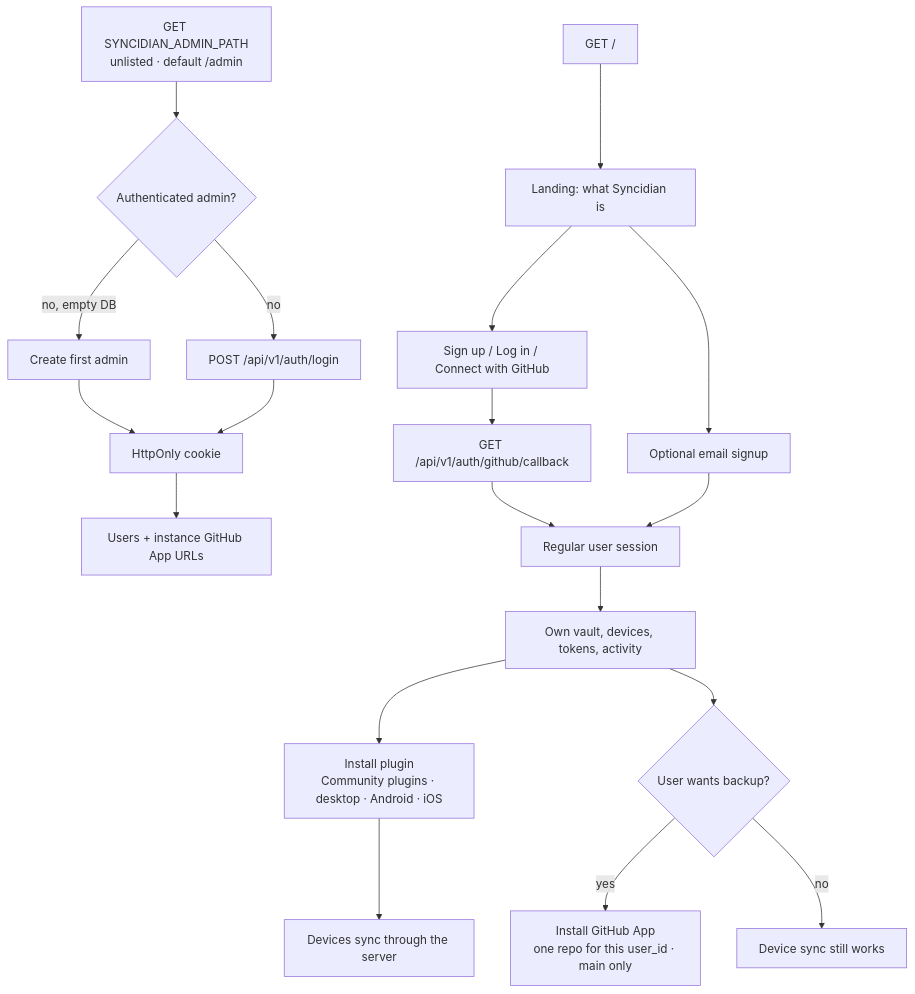
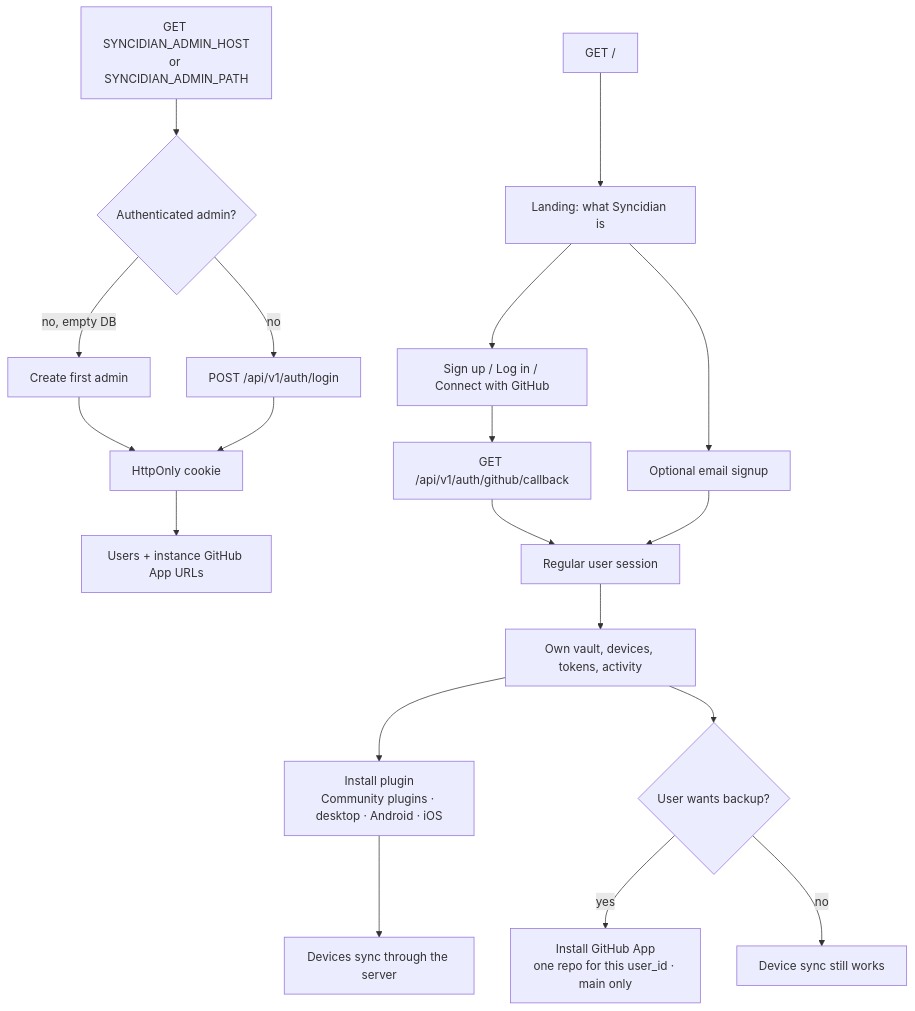
One commit to shangeethsivan/Syncidian changed the fourth of 13 diagrams in docs/architecture.md. Above: the diagram before and after it, drawn with Mermaid. The commit also changed other lines of this file and 19 other files, not shown here.

First line of the commit message:
Hide admin.syncidian.com on Tailscale and stop binding 0.0.0.0.

````diff
--- a/docs/architecture.md
+++ b/docs/architecture.md
@@ -139,23 +139,23 @@
 ```mermaid
 flowchart TD
   Open["GET /"] --> Land["Landing: what Syncidian is"]
   Land --> GH["Sign up / Log in / Connect with GitHub"]
   Land --> Email["Optional email signup"]
 
-  Ops["GET SYNCIDIAN_ADMIN_PATH<br/>unlisted · default /admin"] --> Auth{"Authenticated admin?"}
+  Ops["GET SYNCIDIAN_ADMIN_HOST<br/>or SYNCIDIAN_ADMIN_PATH"] --> Auth{"Authenticated admin?"}
   Auth -->|no, empty DB| Form["Create first admin"]
   Auth -->|no| Login["POST /api/v1/auth/login"]
   Form --> Cookie["HttpOnly cookie"]
   Login --> Cookie
   Cookie --> Manage["Users + instance GitHub App URLs"]
 
   GH --> OAuth["GET /api/v1/auth/github/callback"]
   OAuth --> User["Regular user session"]
   Email --> User
   User --> Own["Own vault, devices, tokens, activity"]
   Own --> Plug["Install plugin<br/>Community plugins · desktop · Android · iOS"]
   Plug --> Sync["Devices sync through the server"]
   Own --> Backup{"User wants backup?"}
   Backup -->|yes| One["Install GitHub App<br/>one repo for this user_id · main only"]
   Backup -->|no| SyncOnly["Device sync still works"]
 ```
````
